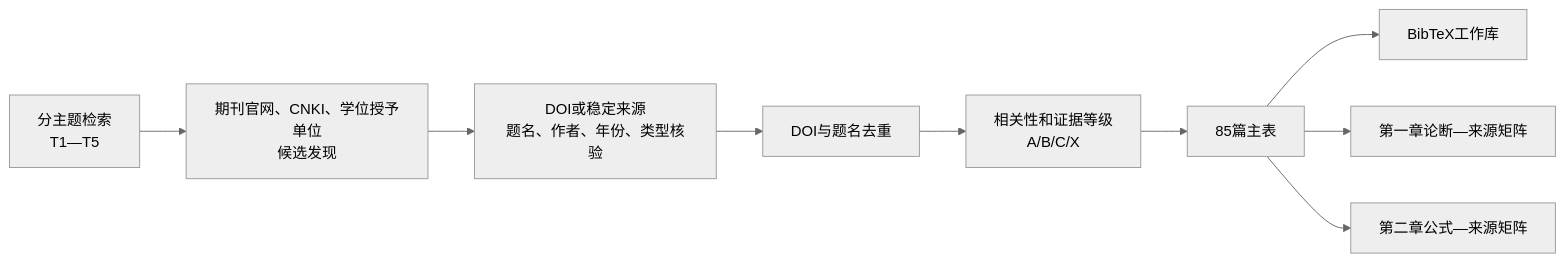
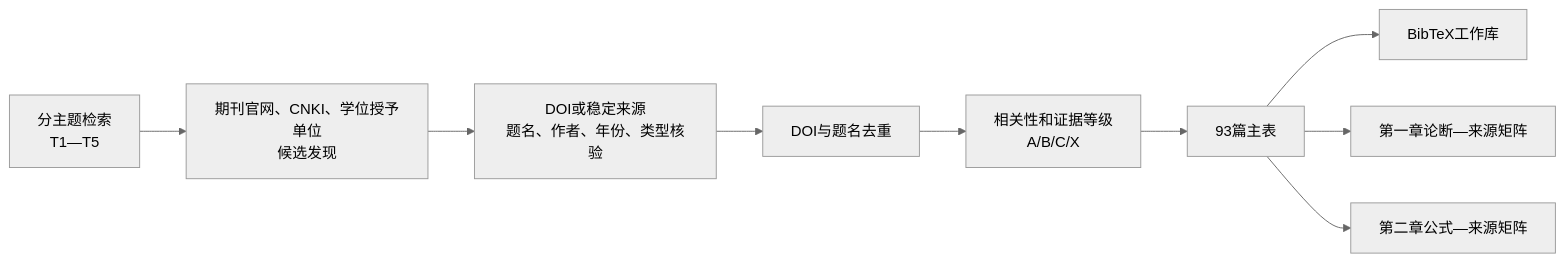
Before and after one commit to angzhao00/JNUThesis: the first of 2 diagrams in literature/reference_collection_report.md, drawn with Mermaid (neutral theme). The commit also changed other lines of this file and 21 other files, not shown here.

````diff
--- a/literature/reference_collection_report.md
+++ b/literature/reference_collection_report.md
@@ -55,11 +67,11 @@
 ```mermaid
 flowchart LR
     A["分主题检索<br/>T1—T5"] --> B["期刊官网、CNKI、学位授予单位<br/>候选发现"]
     B --> C["DOI或稳定来源<br/>题名、作者、年份、类型核验"]
     C --> D["DOI与题名去重"]
     D --> E["相关性和证据等级<br/>A/B/C/X"]
-    E --> F["85篇主表"]
+    E --> F["93篇主表"]
     F --> G["BibTeX工作库"]
     F --> H["第一章论断—来源矩阵"]
     F --> I["第二章公式—来源矩阵"]
 ```
````
